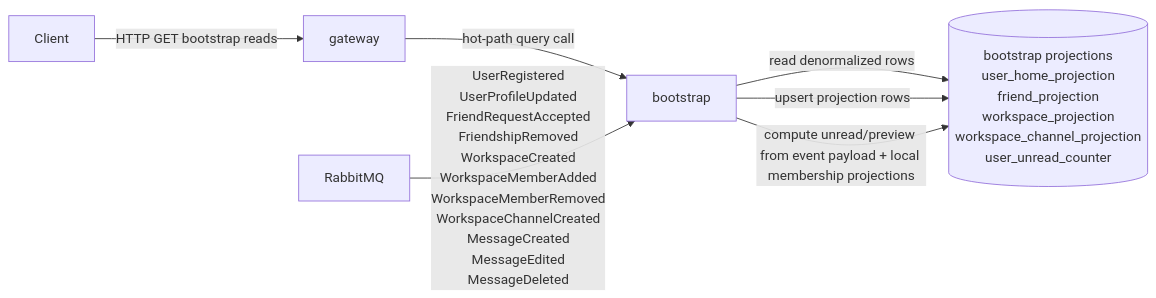
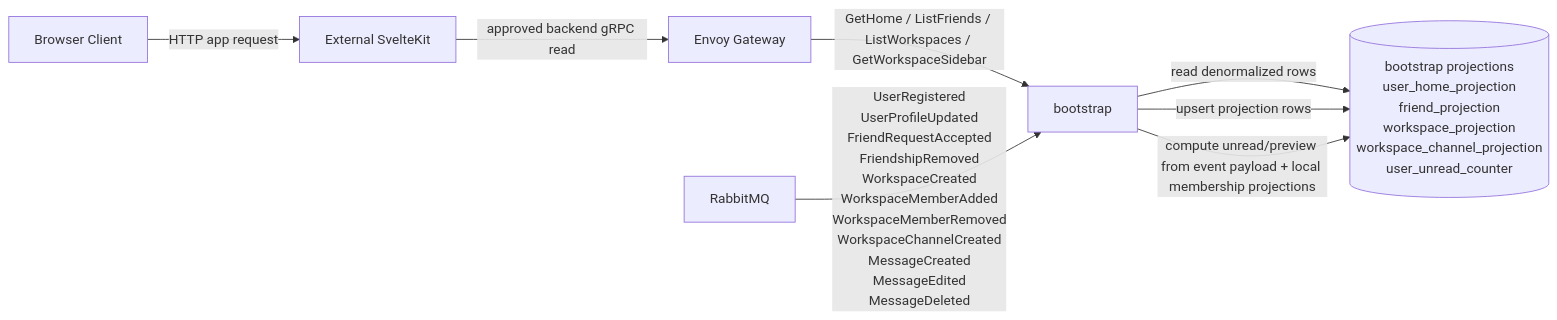
Before and after one commit to nthnf/Relay: the diagram in docs/service/bootstrap/diagram.md, drawn with Mermaid. The commit also changed 53 other files, not shown here.

````diff
--- a/docs/service/bootstrap/diagram.md
+++ b/docs/service/bootstrap/diagram.md
@@ -1,16 +1,18 @@
 ```mermaid
 flowchart LR
-    Client[Client]
-    Gateway[gateway]
+    Client[Browser Client]
+    App[External SvelteKit]
+    Gateway[Envoy Gateway]
     Bootstrap[bootstrap]
     RabbitMQ[RabbitMQ]
     Projections[(bootstrap projections\nuser_home_projection\nfriend_projection\nworkspace_projection\nworkspace_channel_projection\nuser_unread_counter)]
 
-    Client -->|HTTP GET bootstrap reads| Gateway
-    Gateway -->|hot-path query call| Bootstrap
+    Client -->|HTTP app request| App
+    App -->|approved backend gRPC read| Gateway
+    Gateway -->|GetHome / ListFriends / ListWorkspaces / GetWorkspaceSidebar| Bootstrap
     Bootstrap -->|read denormalized rows| Projections
 
     RabbitMQ -->|UserRegistered\nUserProfileUpdated\nFriendRequestAccepted\nFriendshipRemoved\nWorkspaceCreated\nWorkspaceMemberAdded\nWorkspaceMemberRemoved\nWorkspaceChannelCreated\nMessageCreated\nMessageEdited\nMessageDeleted| Bootstrap
     Bootstrap -->|upsert projection rows| Projections
     Bootstrap -->|compute unread/preview from event payload + local membership projections| Projections
 ```
````
